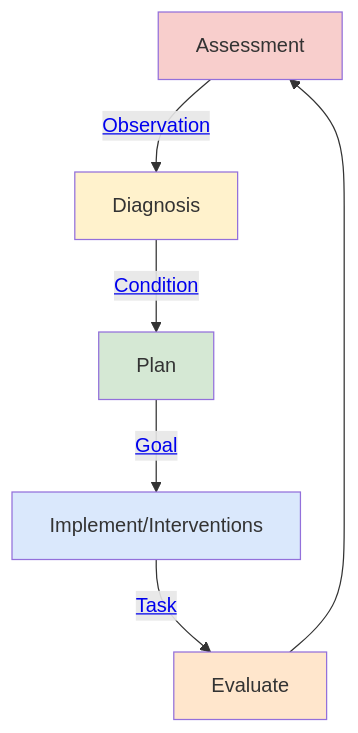
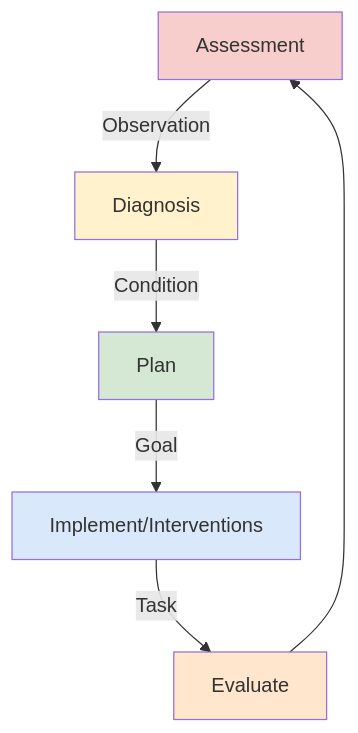
One commit to Virtually-Healthcare/virtually-healthcare.github.com changed the diagram in input/pagecontent/index.md. Above: the diagram before and after it, drawn with Mermaid.

Commit message:
Mermaid diagram

````diff
--- a/input/pagecontent/index.md
+++ b/input/pagecontent/index.md
@@ -7,20 +7,20 @@
 ```mermaid
 graph TD;
-    A[Assessment]-->|<a href='StructureDefinition-Observation.html'>Observation</a>| B;
-    B[Diagnosis]-->|<a href='StructureDefinition-Condition.html'>Condition</a>| C;
-    C[Plan]-->|<a href='StructureDefinition-Goal.html'>Goal</a>| D;
-    D[Implement/Interventions]-->|<a href='StructureDefinition-Task.html'>Task</a>| E;
+    A[Assessment]-->|Observation| B;
+    B[Diagnosis]-->|Condition| C;
+    C[Plan]-->|Goal| D;
+    D[Implement/Interventions]-->|Task| E;
     E[Evaluate]-->A;
     
     classDef yellow fill:#FFF2CC;
     classDef pink fill:#F8CECC
     classDef green fill:#D5E8D4;
     classDef blue fill:#DAE8FC;
     classDef orange fill:#FFE6CC;
 
     class A pink
     class B yellow
     class C green
     class D blue
     class E orange
 ```
````
